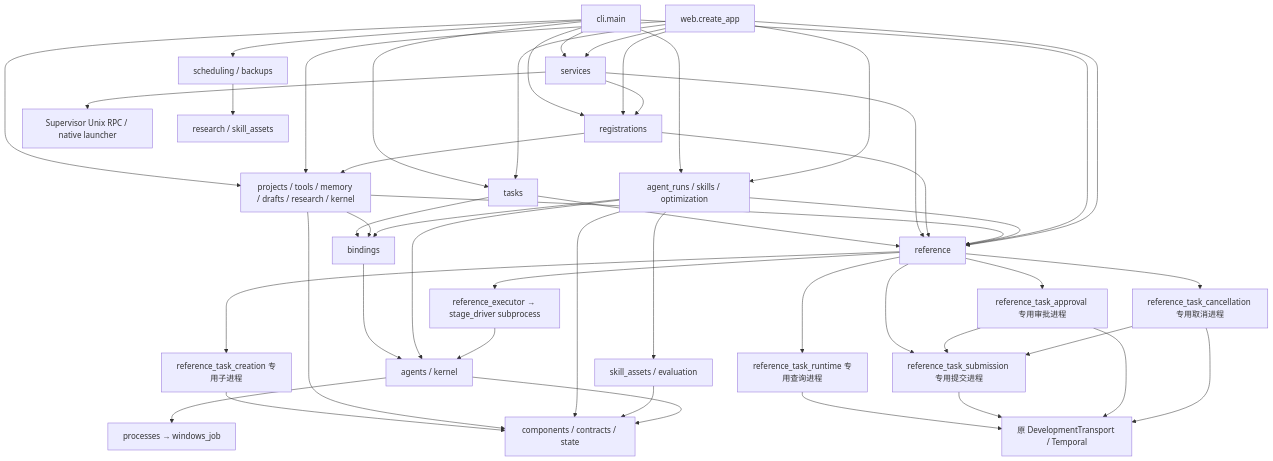
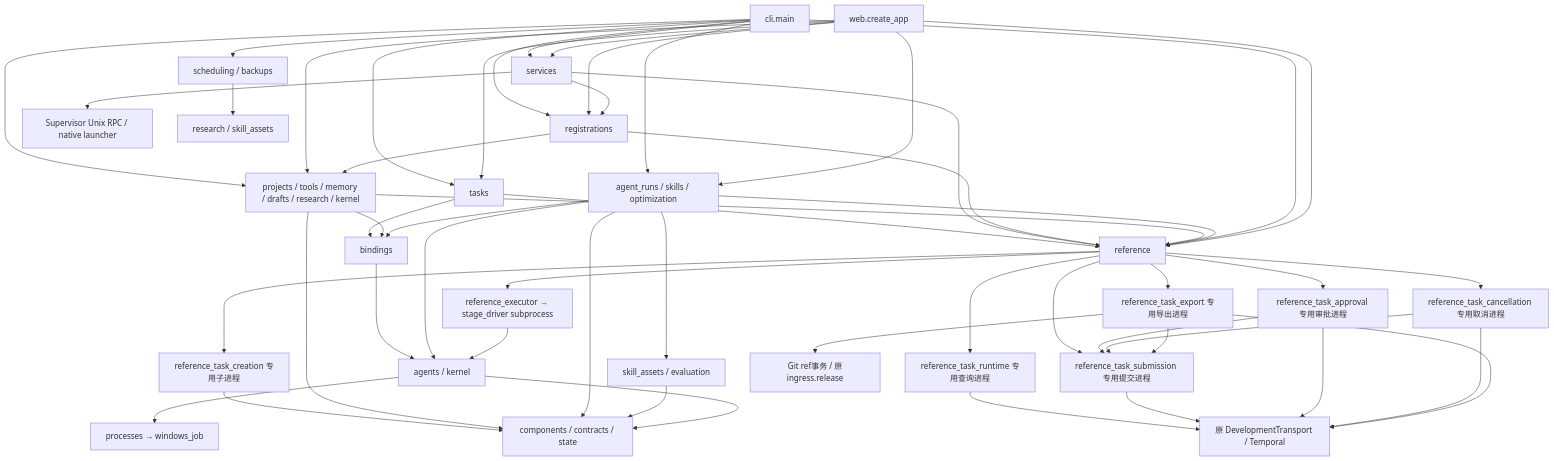
The first of 4 diagrams in docs/architecture/current.md (626619403/Ergora), drawn with Mermaid before and after one commit. The commit also changed other lines of this file and 10 other files, not shown here.

````diff
--- a/docs/architecture/current.md
+++ b/docs/architecture/current.md
@@ -9,50 +9,54 @@
 ```mermaid
 flowchart TB
   CLI[cli.main] --> Query[projects / tools / memory / drafts / research / kernel]
   Web[web.create_app] --> Query
   CLI --> Registration[registrations]
   Web --> Registration
   Registration --> Query
   CLI --> Services[services]
   Web --> Services
   CLI --> Tasks[tasks]
   Web --> Tasks
   Tasks --> Bindings
   Tasks --> Ref
   Services --> Registration
   Services --> Ref
   Services --> Supervisor[Supervisor Unix RPC / native launcher]
   Registration --> Ref
   CLI --> Uses[agent_runs / skills / optimization]
   Web --> Uses
   Uses --> Assets[skill_assets / evaluation]
   Query --> Bindings[bindings]
   Uses --> Bindings
   Bindings --> Native[agents / kernel]
   Uses --> Native
   Native --> Processes[processes → windows_job]
   CLI --> Optional[scheduling / backups]
   Optional --> Research[research / skill_assets]
   Query --> Ref[reference]
   Uses --> Ref
   CLI --> Ref
   Web --> Ref
   Ref --> Creation[reference_task_creation 专用子进程]
   Creation --> Foundations
   Ref --> RuntimeQuery[reference_task_runtime 专用查询进程]
   RuntimeQuery --> Temporal[原 DevelopmentTransport / Temporal]
   Ref --> Submission[reference_task_submission 专用提交进程]
   Submission --> Temporal
   Ref --> Approval[reference_task_approval 专用审批进程]
   Approval --> Submission
   Approval --> Temporal
   Ref --> Cancellation[reference_task_cancellation 专用取消进程]
   Cancellation --> Submission
   Cancellation --> Temporal
+  Ref --> Export[reference_task_export 专用导出进程]
+  Export --> Submission
+  Export --> Temporal
+  Export --> Git[Git ref事务 / 原ingress.release]
   Ref --> Bridge[reference_executor → stage_driver subprocess]
   Bridge --> Native
   Query --> Foundations[components / contracts / state]
   Uses --> Foundations
   Assets --> Foundations
   Native --> Foundations
 ```
````
